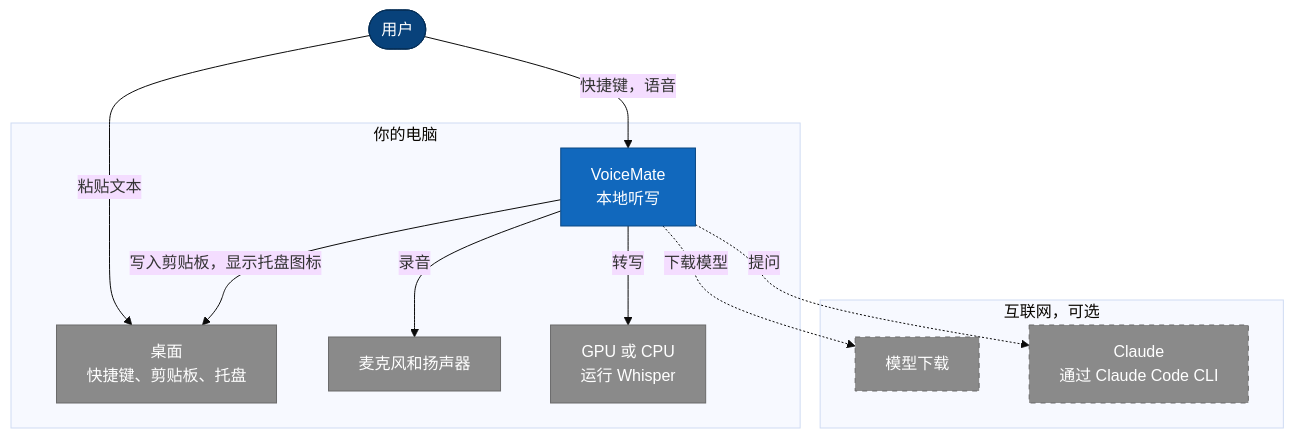
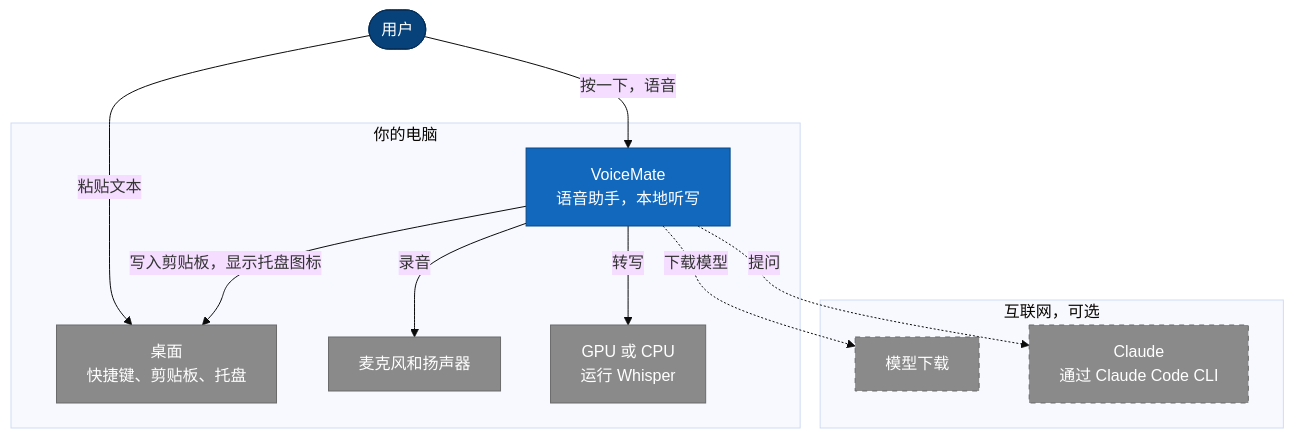
One commit to nano-br/voice-mate changed the first of 6 diagrams in README.zh-CN.md. Above: the diagram before and after it, drawn with Mermaid (base theme). The commit also changed other lines of this file and 29 other files, not shown here.

````diff
--- a/README.zh-CN.md
+++ b/README.zh-CN.md
@@ -212,36 +221,36 @@
 ```mermaid
 flowchart TB
     user(["用户"])
     subgraph pc["你的电脑"]
-        vm["VoiceMate<br/>本地听写"]
+        vm["VoiceMate<br/>语音助手，本地听写"]
         desk["桌面<br/>快捷键、剪贴板、托盘"]
         audio["麦克风和扬声器"]
         gpu["GPU 或 CPU<br/>运行 Whisper"]
     end
     subgraph net["互联网，可选"]
         hub["模型下载"]
         claude["Claude<br/>通过 Claude Code CLI"]
     end
-    user -->|"快捷键，语音"| vm
+    user -->|"按一下，语音"| vm
     user -->|"粘贴文本"| desk
     vm -->|"写入剪贴板，显示托盘图标"| desk
     vm -->|"录音"| audio
     vm -->|"转写"| gpu
     vm -.->|"下载模型"| hub
     vm -.->|"提问"| claude
 
     classDef person fill:#08427b,stroke:#052e56,color:#ffffff
     classDef system fill:#1168bd,stroke:#0b4884,color:#ffffff
     classDef container fill:#438dd5,stroke:#2e6295,color:#ffffff
     classDef component fill:#85bbf0,stroke:#5d82a8,color:#000000
     classDef store fill:#00838f,stroke:#005f66,color:#ffffff
     classDef external fill:#8a8a8a,stroke:#6b6b6b,color:#ffffff
     classDef optional fill:#8a8a8a,stroke:#6b6b6b,color:#ffffff,stroke-dasharray:5 5
     classDef ok fill:#2e7d32,stroke:#1b5e20,color:#ffffff
     classDef warn fill:#f9a825,stroke:#c17900,color:#000000
     classDef bad fill:#c0392b,stroke:#922b21,color:#ffffff
     class user person
     class vm system
     class desk,audio,gpu external
     class hub,claude optional
 ```
````
